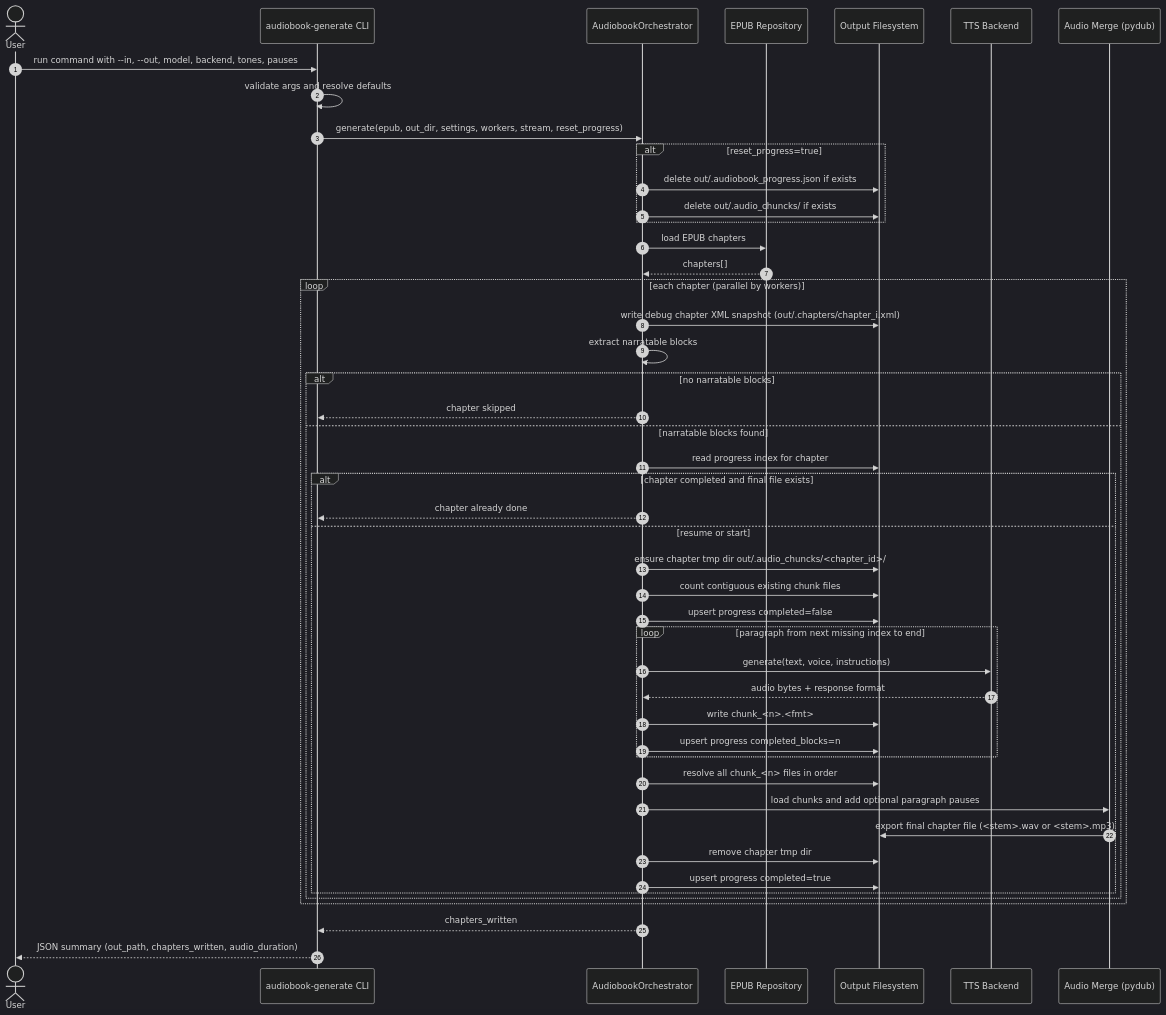
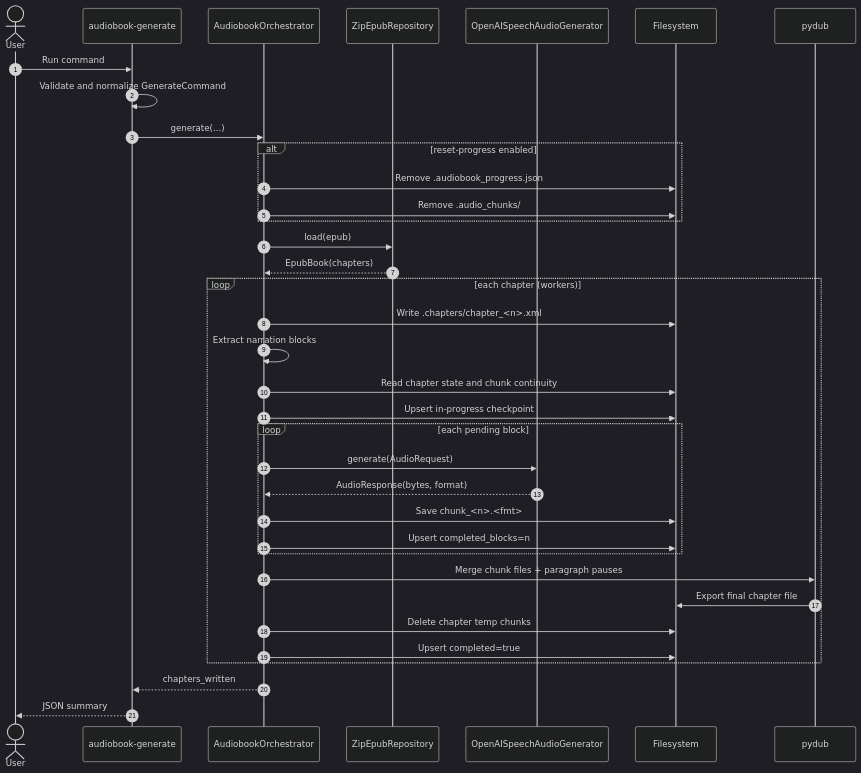
The diagram in README.md (Antonio-Rinaldi/audiobook-generator), drawn with Mermaid (dark theme) before and after one commit. The commit also changed other lines of this file and 17 other files, not shown here.

````diff
--- a/README.md
+++ b/README.md
@@ -112,55 +132,45 @@
 ```mermaid
 sequenceDiagram
     autonumber
     actor User
-    participant CLI as audiobook-generate CLI
+    participant CLI as audiobook-generate
     participant Orch as AudiobookOrchestrator
-    participant Repo as EPUB Repository
-    participant FS as Output Filesystem
-    participant TTS as TTS Backend
-    participant Merge as Audio Merge (pydub)
-    User ->> CLI: run command with --in, --out, model, backend, tones, pauses
-    CLI ->> CLI: validate args and resolve defaults
-    CLI ->> Orch: generate(epub, out_dir, settings, workers, stream, reset_progress)
+    participant Repo as ZipEpubRepository
+    participant TTS as OpenAISpeechAudioGenerator
+    participant FS as Filesystem
+    participant Merge as pydub
 
-    alt reset_progress=true
-        Orch ->> FS: delete out/.audiobook_progress.json if exists
-        Orch ->> FS: delete out/.audio_chuncks/ if exists
+    User->>CLI: Run command
+    CLI->>CLI: Validate and normalize GenerateCommand
+    CLI->>Orch: generate(...)
+
+    alt reset-progress enabled
+        Orch->>FS: Remove .audiobook_progress.json
+        Orch->>FS: Remove .audio_chunks/
     end
 
-    Orch ->> Repo: load EPUB chapters
-    Repo -->> Orch: chapters[]
+    Orch->>Repo: load(epub)
+    Repo-->>Orch: EpubBook(chapters)
 
-    loop each chapter (parallel by workers)
-        Orch ->> FS: write debug chapter XML snapshot (out/.chapters/chapter_i.xml)
-        Orch ->> Orch: extract narratable blocks
-        alt no narratable blocks
-            Orch -->> CLI: chapter skipped
-        else narratable blocks found
-            Orch ->> FS: read progress index for chapter
-            alt chapter completed and final file exists
-                Orch -->> CLI: chapter already done
-            else resume or start
-                Orch ->> FS: ensure chapter tmp dir out/.audio_chuncks/<chapter_id>/
-                Orch ->> FS: count contiguous existing chunk files
-                Orch ->> FS: upsert progress completed=false
+    loop each chapter (workers)
+        Orch->>FS: Write .chapters/chapter_<n>.xml
+        Orch->>Orch: Extract narration blocks
+        Orch->>FS: Read chapter state and chunk continuity
+        Orch->>FS: Upsert in-progress checkpoint
 
-                loop paragraph from next missing index to end
-                    Orch ->> TTS: generate(text, voice, instructions)
-                    TTS -->> Orch: audio bytes + response format
-                    Orch ->> FS: write chunk_<n>.<fmt>
-                    Orch ->> FS: upsert progress completed_blocks=n
-                end
+        loop each pending block
+            Orch->>TTS: generate(AudioRequest)
+            TTS-->>Orch: AudioResponse(bytes, format)
+            Orch->>FS: Save chunk_<n>.<fmt>
+            Orch->>FS: Upsert completed_blocks=n
+        end
 
-                Orch ->> FS: resolve all chunk_<n> files in order
-                Orch ->> Merge: load chunks and add optional paragraph pauses
-                Merge ->> FS: export final chapter file (<stem>.wav or <stem>.mp3)
-                Orch ->> FS: remove chapter tmp dir
-                Orch ->> FS: upsert progress completed=true
-            end
-        end
+        Orch->>Merge: Merge chunk files + paragraph pauses
+        Merge->>FS: Export final chapter file
+        Orch->>FS: Delete chapter temp chunks
+        Orch->>FS: Upsert completed=true
     end
 
-    Orch -->> CLI: chapters_written
-    CLI -->> User: JSON summary (out_path, chapters_written, audio_duration)
+    Orch-->>CLI: chapters_written
+    CLI-->>User: JSON summary
 ```
````
